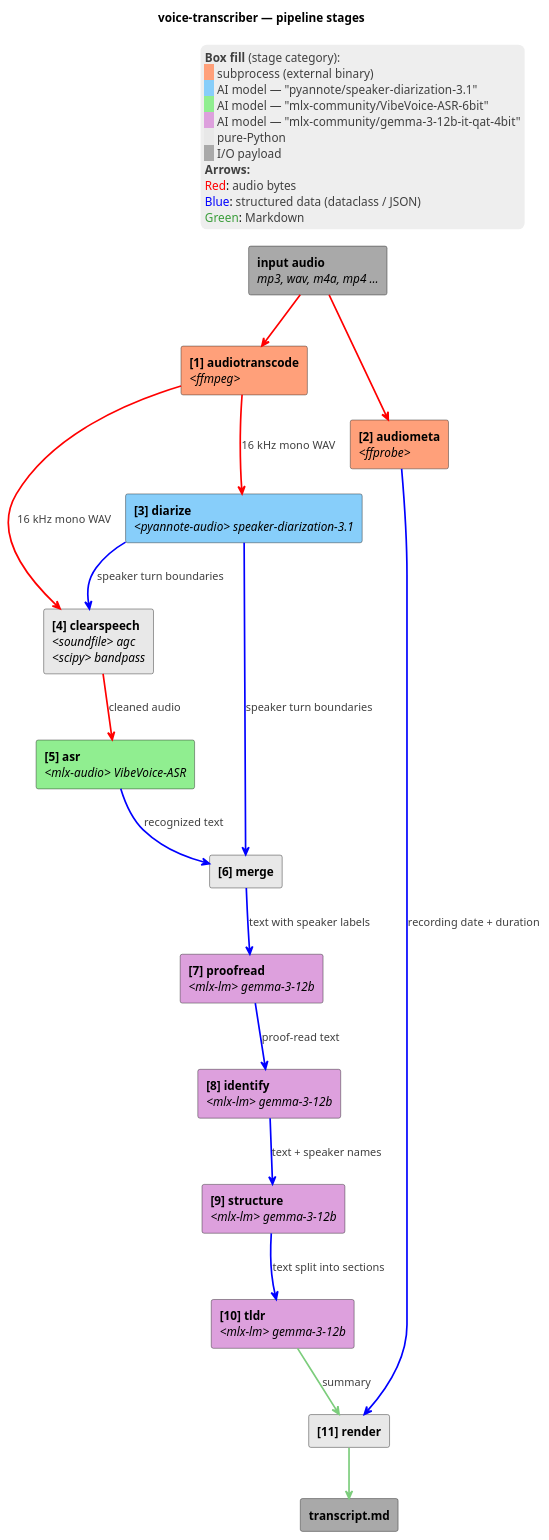
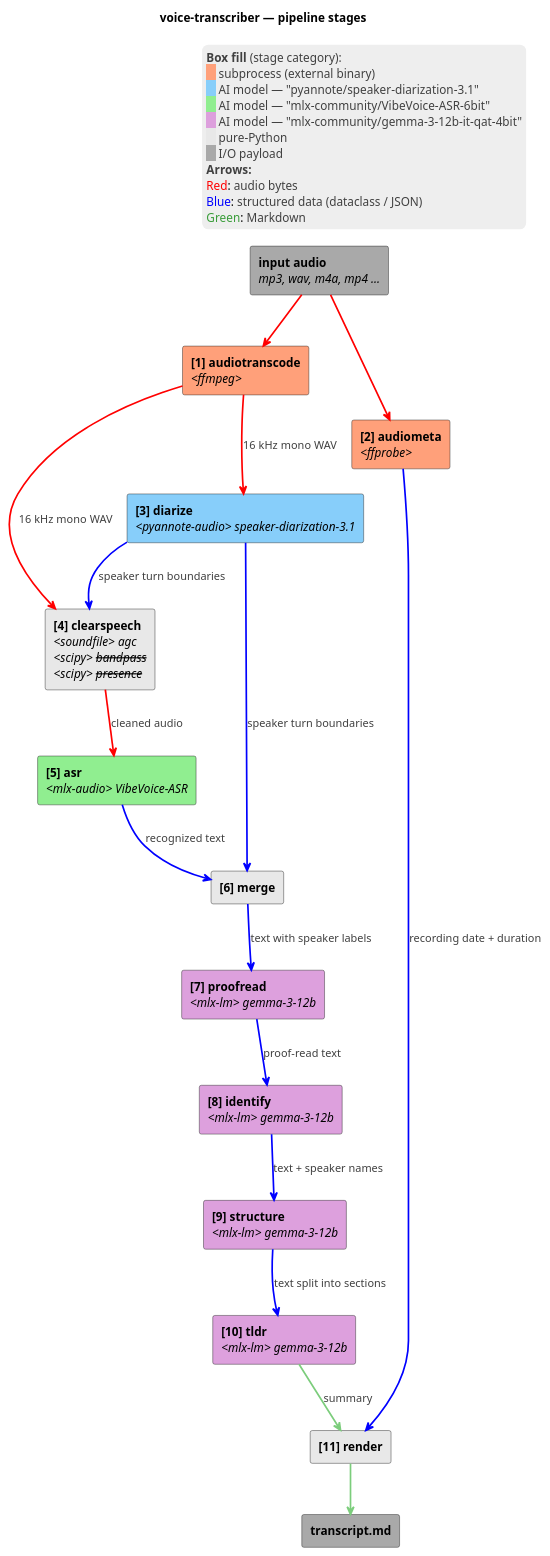
One commit to artem-from-ua/voice-transcriber changed the second of 2 diagrams in docs/architecture.md. Above: the diagram before and after it, drawn with PlantUML. The commit also changed other lines of this file and 13 other files, not shown here.

````diff
--- a/docs/architecture.md
+++ b/docs/architecture.md
@@ -63,58 +63,58 @@
 ```plantuml
 @startuml
 title voice-transcriber — pipeline stages
 skinparam componentStyle rectangle
 skinparam ArrowThickness 2
 skinparam legendBorderColor transparent
 skinparam legendBackgroundColor #EEEEEE
 
 [<b>input audio</b>\n<i>mp3, wav, m4a, mp4 ...</i>] as Input #A9A9A9
 [<b>transcript.md</b>] as Output #A9A9A9
 
 component "<b>[1] audiotranscode</b>\n<i><ffmpeg></i>" as WAV #FFA07A
 component "<b>[2] audiometa</b>\n<i><ffprobe></i>" as FF #FFA07A
 component "<b>[3] diarize</b>\n<i><pyannote-audio> speaker-diarization-3.1</i>" as Diar #87CEFA
-component "<b>[4] clearspeech</b>\n<i><soundfile> agc</i>\n<i><scipy> bandpass</i>" as CS #E8E8E8
+component "<b>[4] clearspeech</b>\n<i><soundfile> agc</i>\n<i><scipy> <s>bandpass</s></i>\n<i><scipy> <s>presence</s></i>" as CS #E8E8E8
 component "<b>[5] asr</b>\n<i><mlx-audio> VibeVoice-ASR</i>" as ASR #90EE90
 component "<b>[6] merge</b>" as Merge #E8E8E8
 component "<b>[7] proofread</b>\n<i><mlx-lm> gemma-3-12b</i>" as Post #DDA0DD
 component "<b>[8] identify</b>\n<i><mlx-lm> gemma-3-12b</i>" as Ident #DDA0DD
 component "<b>[9] structure</b>\n<i><mlx-lm> gemma-3-12b</i>" as Struct #DDA0DD
 component "<b>[10] tldr</b>\n<i><mlx-lm> gemma-3-12b</i>" as TLDR #DDA0DD
 component "<b>[11] render</b>" as Render #E8E8E8
 
 Input -[#red]-> FF
 Input -[#red]-> WAV
 
 WAV -[#red]-> Diar : <color:#404040>16 kHz mono WAV</color>
 WAV -[#red]-> CS : <color:#404040>16 kHz mono WAV</color>
 Diar -[#blue]-> CS : <color:#404040>speaker turn boundaries</color>
 CS -[#red]-> ASR : <color:#404040>cleaned audio</color>
 
 ASR -[#blue]-> Merge : <color:#404040>recognized text</color>
 Diar -[#blue]-> Merge : <color:#404040>speaker turn boundaries</color>
 
 Merge -[#blue]-> Post : <color:#404040>text with speaker labels</color>
 Post -[#blue]-> Ident : <color:#404040>proof-read text</color>
 Ident -[#blue]-> Struct : <color:#404040>text + speaker names</color>
 Struct -[#blue]-> TLDR : <color:#404040>text split into sections</color>
 
 FF -[#blue]-> Render : <color:#404040>recording date + duration</color>
 TLDR -[#7CCD7C]-> Render : <color:#404040>summary</color>
 Render -[#7CCD7C]-> Output
 
 legend top right
   <color:#404040>**Box fill** (stage category):</color>
   <back:#FFA07A>   </back> <color:#404040>subprocess (external binary)</color>
   <back:#87CEFA>   </back> <color:#404040>AI model — "pyannote/speaker-diarization-3.1"</color>
   <back:#90EE90>   </back> <color:#404040>AI model — "mlx-community/VibeVoice-ASR-6bit"</color>
   <back:#DDA0DD>   </back> <color:#404040>AI model — "mlx-community/gemma-3-12b-it-qat-4bit"</color>
   <back:#E8E8E8>   </back> <color:#404040>pure-Python</color>
   <back:#A9A9A9>   </back> <color:#404040>I/O payload</color>
   <color:#404040>**Arrows:**</color>
   <color:red>Red</color>: <color:#404040>audio bytes</color>
   <color:blue>Blue</color>: <color:#404040>structured data (dataclass / JSON)</color>
   <color:#3A9D3A>Green</color>: <color:#404040>Markdown</color>
 end legend
 @enduml
 ```
````
